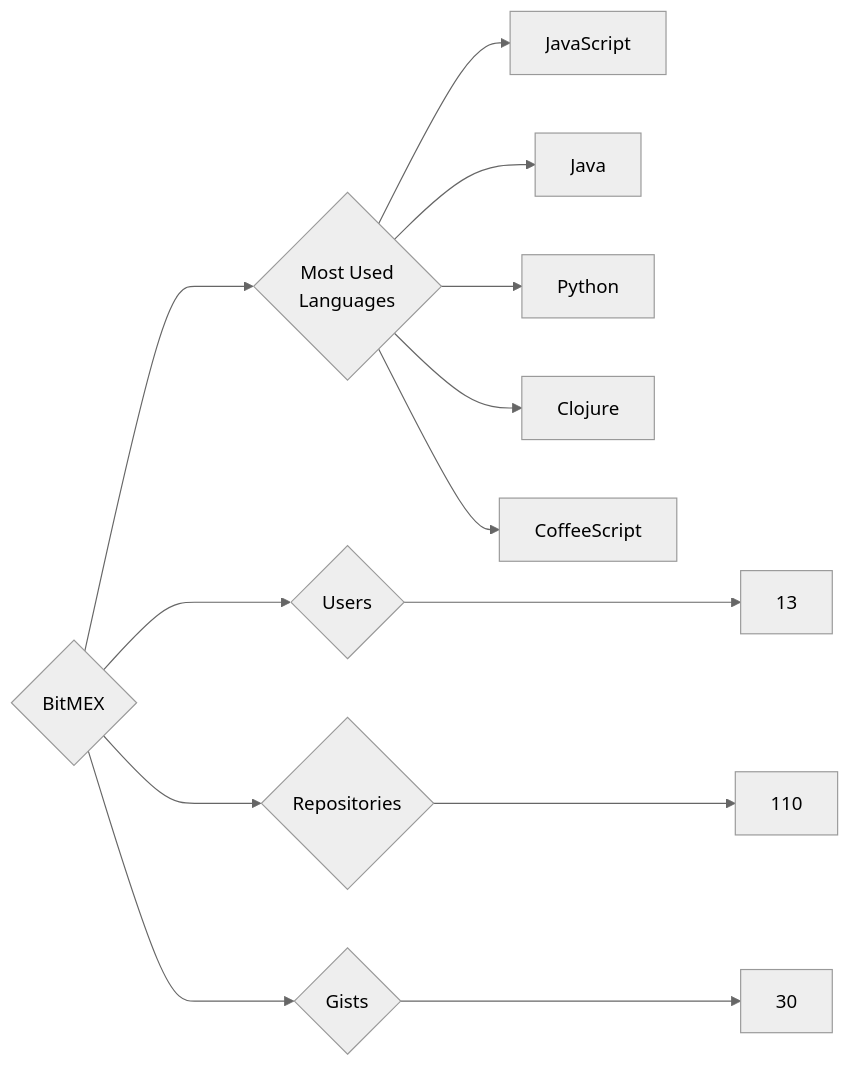
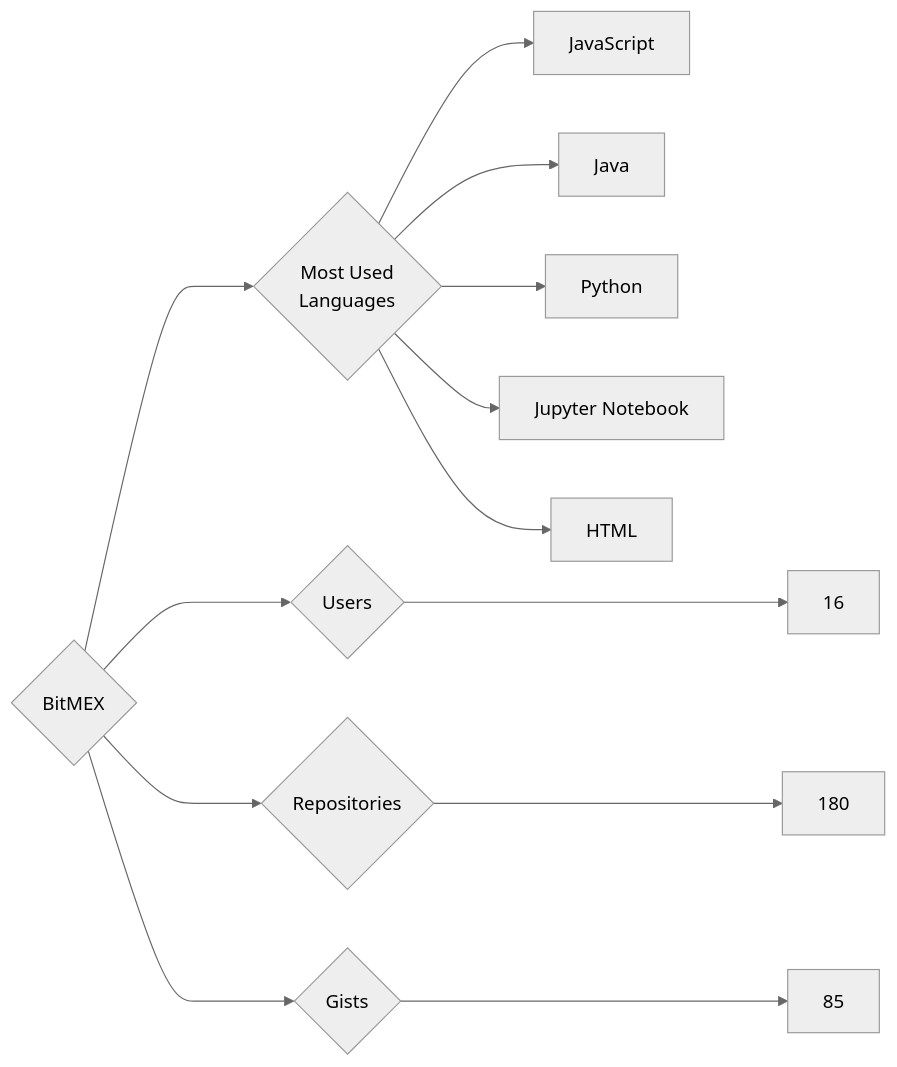
Before and after one commit to trickest/insiders: the diagram in targets/BitMEX/README.md, drawn with Mermaid (neutral theme). The commit also changed 859 other files, not shown here.

````diff
--- a/targets/BitMEX/README.md
+++ b/targets/BitMEX/README.md
@@ -3,13 +3,13 @@
 ```mermaid
 graph LR
 COMPANY_NAME{BitMEX}
-COMPANY_NAME ---> U{Users} ---> UN[13]
-COMPANY_NAME ---> R{Repositories} ---> RN[110]
-COMPANY_NAME ---> G{Gists} ---> GN[30]
+COMPANY_NAME ---> U{Users} ---> UN[16]
+COMPANY_NAME ---> R{Repositories} ---> RN[180]
+COMPANY_NAME ---> G{Gists} ---> GN[85]
 COMPANY_NAME ---> ML{Most Used<br>Languages}
 ML --> JavaScript[JavaScript]
 ML --> Java[Java]
 ML --> Python[Python]
-ML --> Clojure[Clojure]
-ML --> CoffeeScript[CoffeeScript]
+ML --> Jupyter_Notebook[Jupyter Notebook]
+ML --> HTML[HTML]
 ```
````
